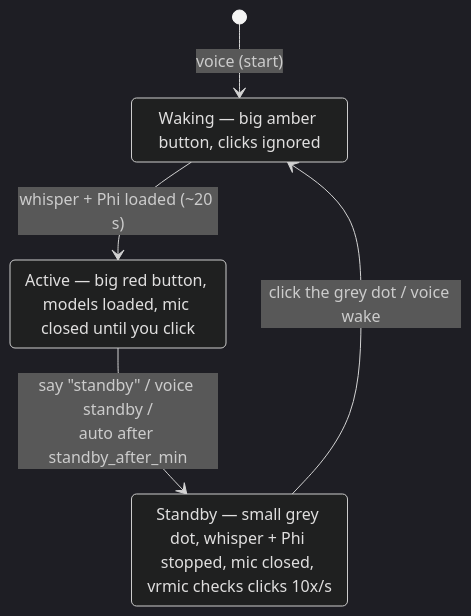
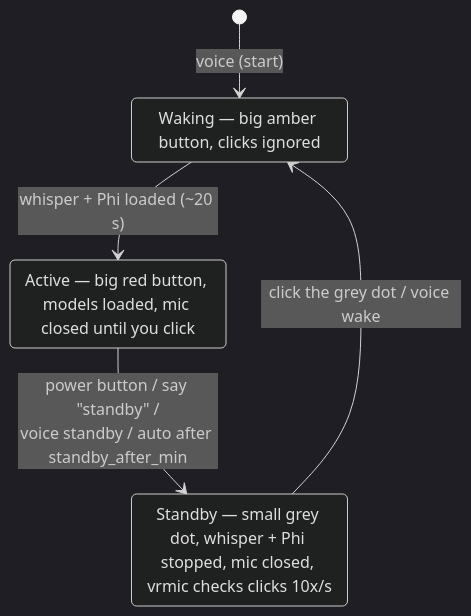
One commit to HappyPhoton26/FrameVoice changed the third of 3 diagrams in docs/ARCHITECTURE.md. Above: the diagram before and after it, drawn with Mermaid (dark theme). The commit also changed other lines of this file and 4 other files, not shown here.

Commit message:
Stop button: click again to stop listening; power button for standby

````diff
--- a/docs/ARCHITECTURE.md
+++ b/docs/ARCHITECTURE.md
@@ -110,11 +110,11 @@
 ```mermaid
 stateDiagram-v2
     [*] --> Waking: voice (start)
     Waking --> Active: whisper + Phi loaded (~20 s)
-    Active --> Standby: say "standby" / voice standby /<br/>auto after standby_after_min
+    Active --> Standby: power button / say "standby" /<br/>voice standby / auto after standby_after_min
     Standby --> Waking: click the grey dot / voice wake
 
     Active: Active — big red button, models loaded, mic closed until you click
     Standby: Standby — small grey dot, whisper + Phi stopped, mic closed, vrmic checks clicks 10x/s
     Waking: Waking — big amber button, clicks ignored
 ```
````
